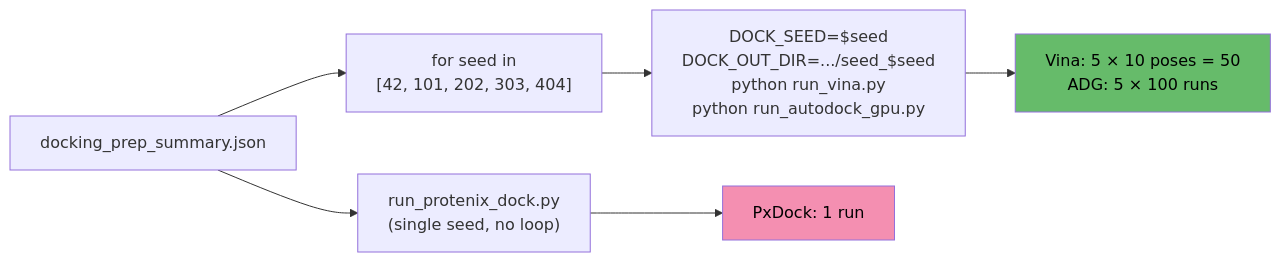
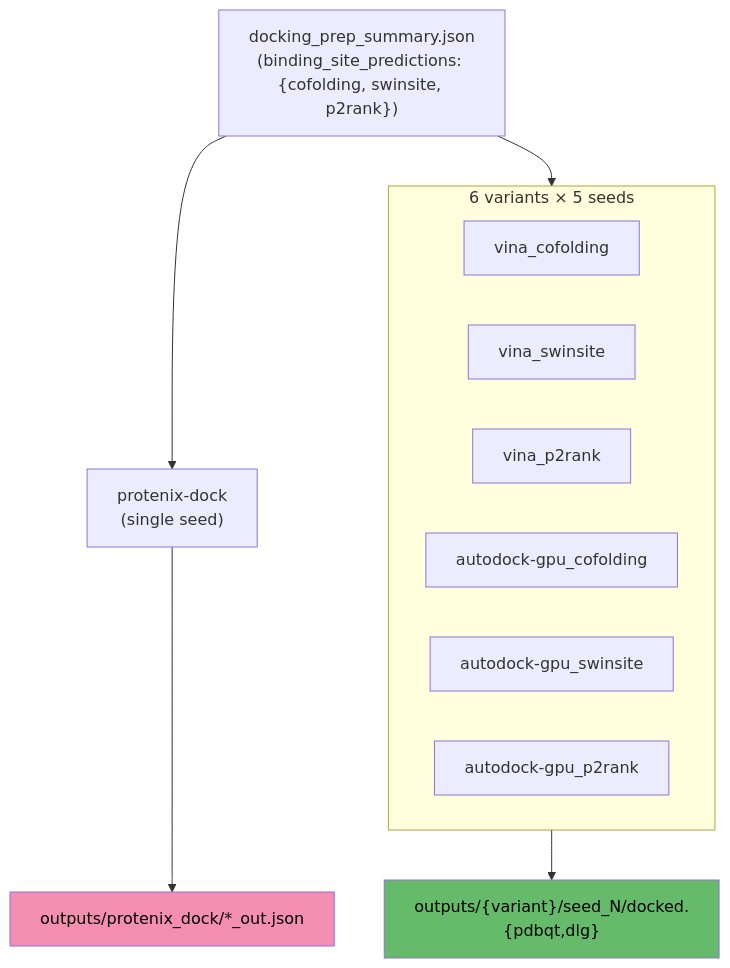
Before and after one commit to eightmm/mosaic-pl: diagram 13 of 23 in docs/pipeline.md, drawn with Mermaid. The commit also changed other lines of this file, not shown here.

First line of the commit message:
docs(pipeline): reflect 8-commit fix/feature batch (multi-variant docking + MSA/id/naming fixes)

````diff
--- a/docs/pipeline.md
+++ b/docs/pipeline.md
@@ -380,10 +380,23 @@
 ```mermaid
-flowchart LR
-    PREP["docking_prep_summary.json"] --> LOOP["for seed in\n[42, 101, 202, 303, 404]"]
-    LOOP --> ENV["DOCK_SEED=$seed\nDOCK_OUT_DIR=.../seed_$seed\npython run_vina.py\npython run_autodock_gpu.py"]
-    PREP --> PXD["run_protenix_dock.py\n(single seed, no loop)"]
-    ENV --> OUT1["Vina: 5 × 10 poses = 50\nADG: 5 × 100 runs"]
-    PXD --> OUT2["PxDock: 1 run"]
+flowchart TB
+    PREP["docking_prep_summary.json\n(binding_site_predictions: {cofolding, swinsite, p2rank})"]
+
+    subgraph VARIANTS["6 variants × 5 seeds"]
+        direction LR
+        V_CF["vina_cofolding"]
+        V_SW["vina_swinsite"]
+        V_P2["vina_p2rank"]
+        A_CF["autodock-gpu_cofolding"]
+        A_SW["autodock-gpu_swinsite"]
+        A_P2["autodock-gpu_p2rank"]
+    end
+
+    PREP --> VARIANTS
+    PREP --> PXD["protenix-dock\n(single seed)"]
+
+    VARIANTS --> OUT1["outputs/{variant}/seed_N/docked.{pdbqt,dlg}"]
+    PXD --> OUT2["outputs/protenix_dock/*_out.json"]
+
     style OUT1 fill:#66bb6a,color:#000
     style OUT2 fill:#f48fb1,color:#000
 ```
````
